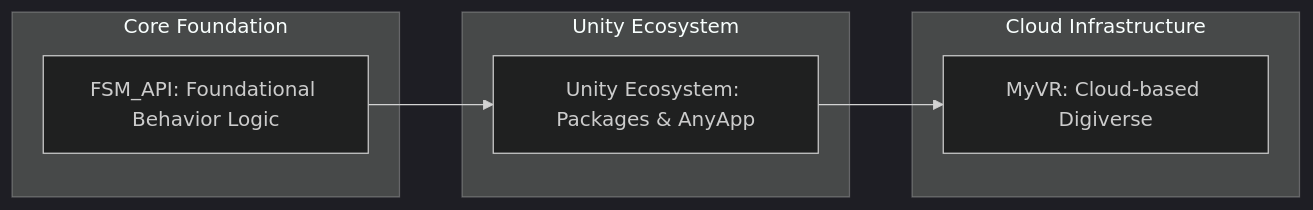
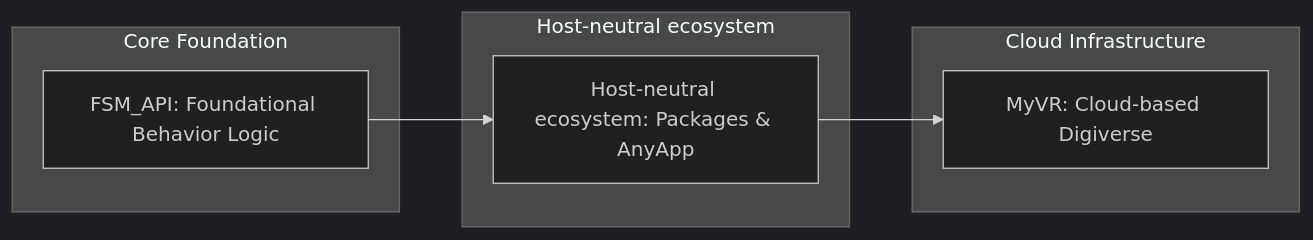
Before and after one commit to TrentBest/FSM_API: the diagram in Documentation/Design/Index.md, drawn with Mermaid (dark theme).

Commit message:
docs: remove deprecated engine references

````diff
--- a/Documentation/Design/Index.md
+++ b/Documentation/Design/Index.md
@@ -5,21 +5,21 @@
 ```mermaid
 graph LR
     subgraph Core Foundation
         FSM_API[FSM_API: Foundational Behavior Logic]
     end
 
-    subgraph Unity Ecosystem
-        UnityEcosystem[Unity Ecosystem: Packages & AnyApp]
+    subgraph Host-neutral ecosystem
+        UnityEcosystem[Host-neutral ecosystem: Packages & AnyApp]
     end
 
     subgraph Cloud Infrastructure
         MyVR[MyVR: Cloud-based Digiverse]
     end
  
     FSM_API --> UnityEcosystem
     UnityEcosystem --> MyVR
 
     click FSM_API "./FSM_API/FSM_API.md" "Go to FSM_API Documentation"
-    click UnityEcosystem "./UnityEcosystem/UnityEcosystem.md" "Go to Unity Ecosystem Documentation"
+    click UnityEcosystem "./" "Go to Host-neutral ecosystem Documentation"
     click MyVR "./MyVR/MyVR.md" "Go to MyVR Documentation"
 ```
````
